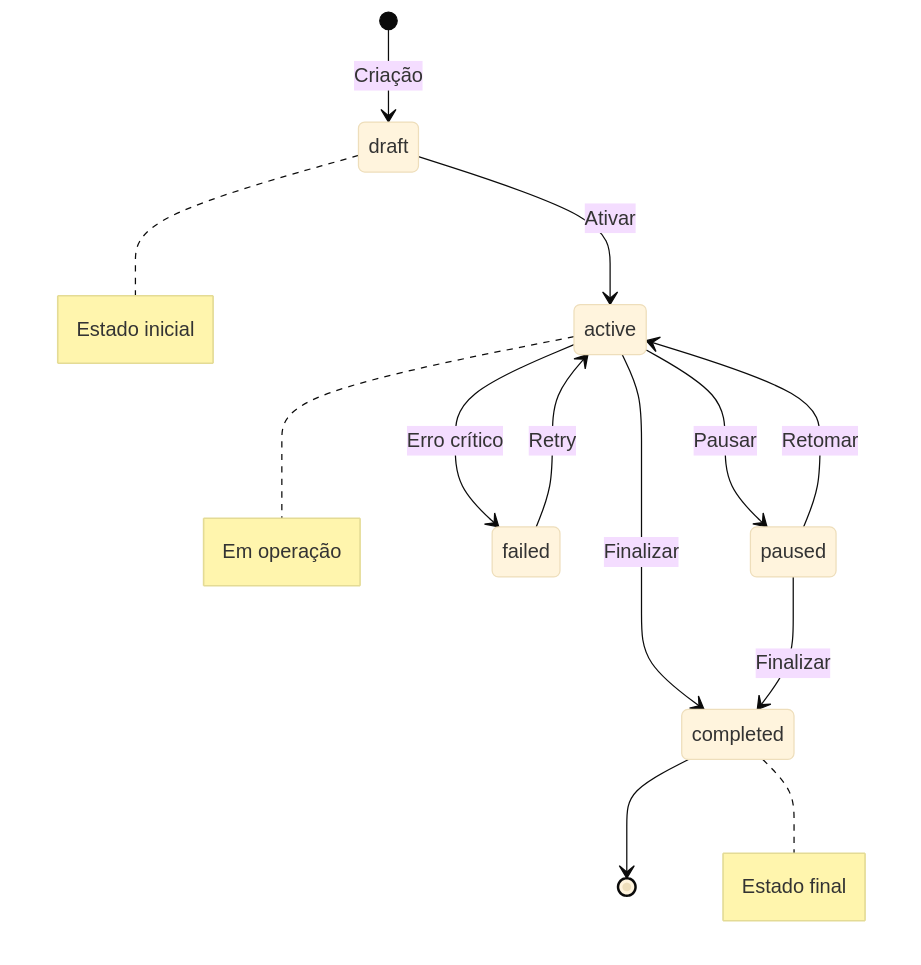
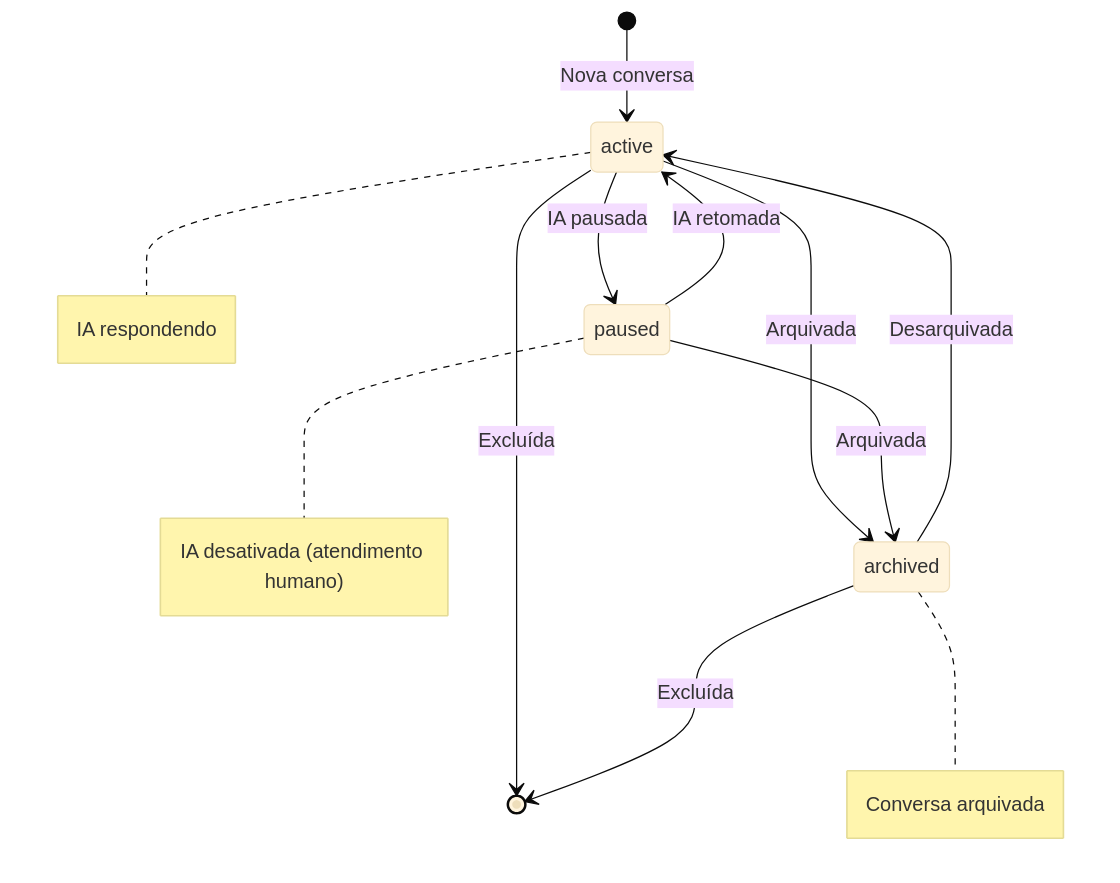
Before and after one commit to sebavieira/template-cli-seba: the fifth of 7 diagrams in docs/spec/06-maquina-estados.md, drawn with Mermaid (base theme). The commit also changed other lines of this file and 75 other files, not shown here.

````diff
--- a/docs/spec/06-maquina-estados.md
+++ b/docs/spec/06-maquina-estados.md
@@ -12,16 +154,15 @@
 ```mermaid
 stateDiagram-v2
-    [*] --> draft: Criação
-    draft --> active: Ativar
-    active --> paused: Pausar
-    paused --> active: Retomar
-    active --> completed: Finalizar
-    paused --> completed: Finalizar
-    active --> failed: Erro crítico
-    failed --> active: Retry
-    completed --> [*]
+    [*] --> active: Nova conversa
+    active --> paused: IA pausada
+    paused --> active: IA retomada
+    active --> archived: Arquivada
+    paused --> archived: Arquivada
+    archived --> active: Desarquivada
+    active --> [*]: Excluída
+    archived --> [*]: Excluída
 
-    note right of draft: Estado inicial
-    note right of active: Em operação
-    note right of completed: Estado final
+    note right of active: IA respondendo
+    note right of paused: IA desativada (atendimento humano)
+    note right of archived: Conversa arquivada
 ```
````
